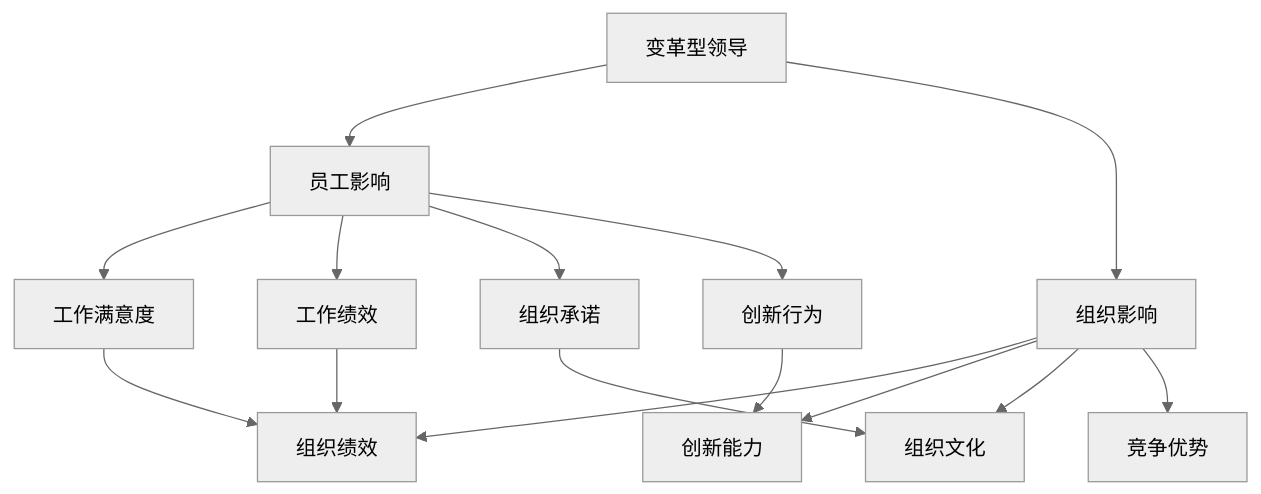
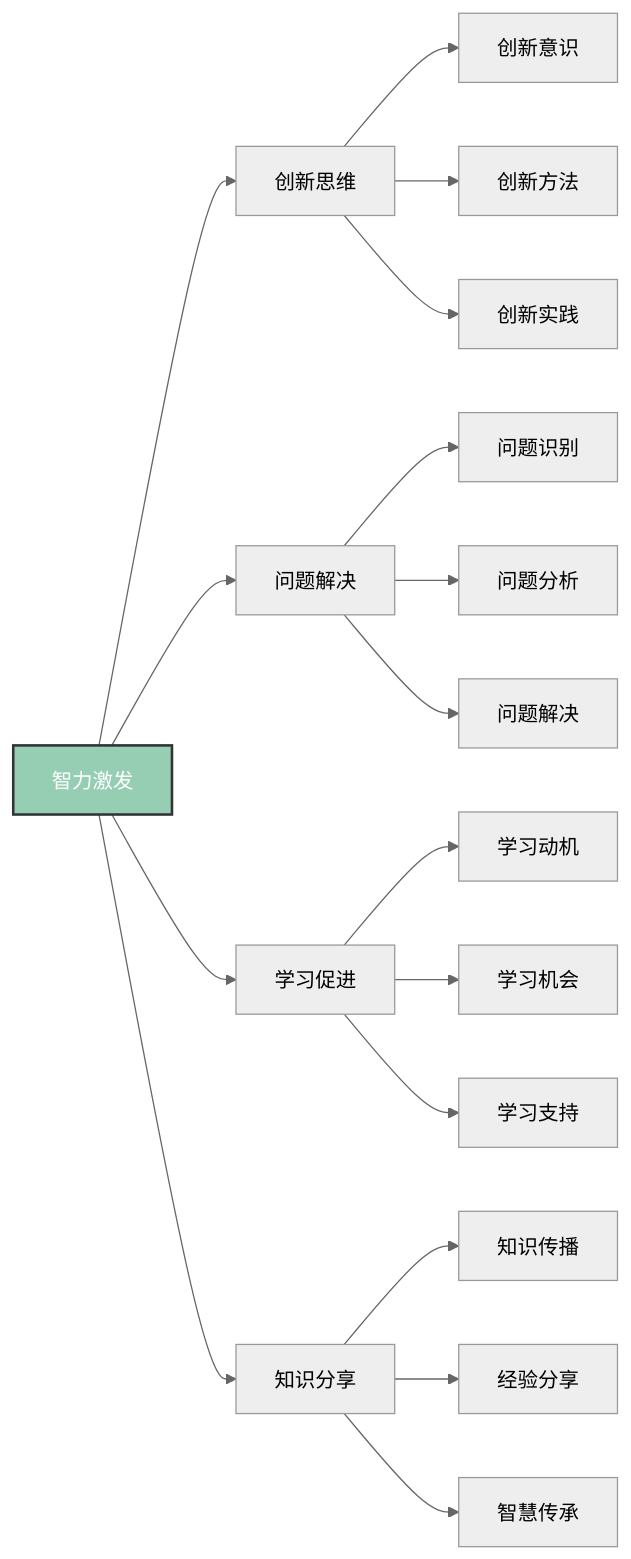
Before and after one commit to Anping2017/obsidian: the fifth of 8 diagrams in 企业领导力/02-理论理解层/现代领导理论/01-变革型领导.md, drawn with Mermaid (neutral theme). The commit also changed other lines of this file and 8 other files, not shown here.

````diff
--- a/企业领导力/02-理论理解层/现代领导理论/01-变革型领导.md
+++ b/企业领导力/02-理论理解层/现代领导理论/01-变革型领导.md
@@ -188,20 +144,25 @@
 ```mermaid
-graph TD
-    A[变革型领导] --> B[员工影响]
-    A --> C[组织影响]
+graph LR
+    A[智力激发] --> B[创新思维]
+    A --> C[问题解决]
+    A --> D[学习促进]
+    A --> E[知识分享]
     
-    B --> B1[工作满意度]
-    B --> B2[工作绩效]
-    B --> B3[组织承诺]
-    B --> B4[创新行为]
+    B --> B1[创新意识]
+    B --> B2[创新方法]
+    B --> B3[创新实践]
     
-    C --> C1[组织绩效]
-    C --> C2[创新能力]
-    C --> C3[组织文化]
-    C --> C4[竞争优势]
+    C --> C1[问题识别]
+    C --> C2[问题分析]
+    C --> C3[问题解决]
     
-    B1 --> C1
-    B2 --> C1
-    B3 --> C3
-    B4 --> C2
+    D --> D1[学习动机]
+    D --> D2[学习机会]
+    D --> D3[学习支持]
+    
+    E --> E1[知识传播]
+    E --> E2[经验分享]
+    E --> E3[智慧传承]
+    
+    style A fill:#96ceb4,stroke:#333,stroke-width:2px,color:#fff
 ```
````
